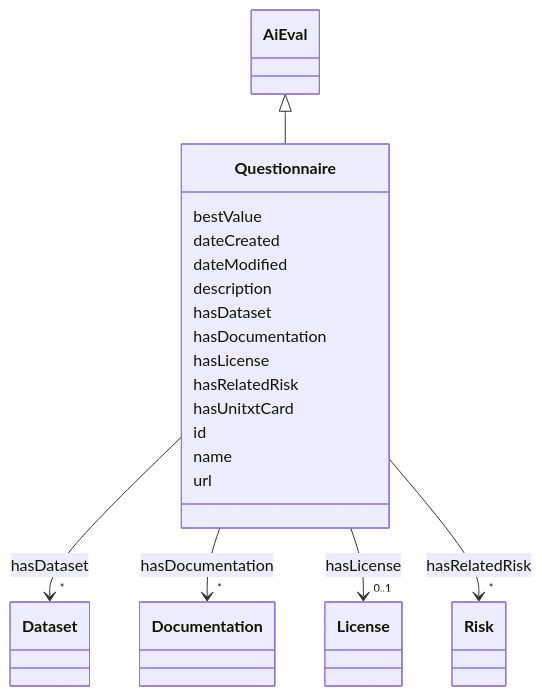
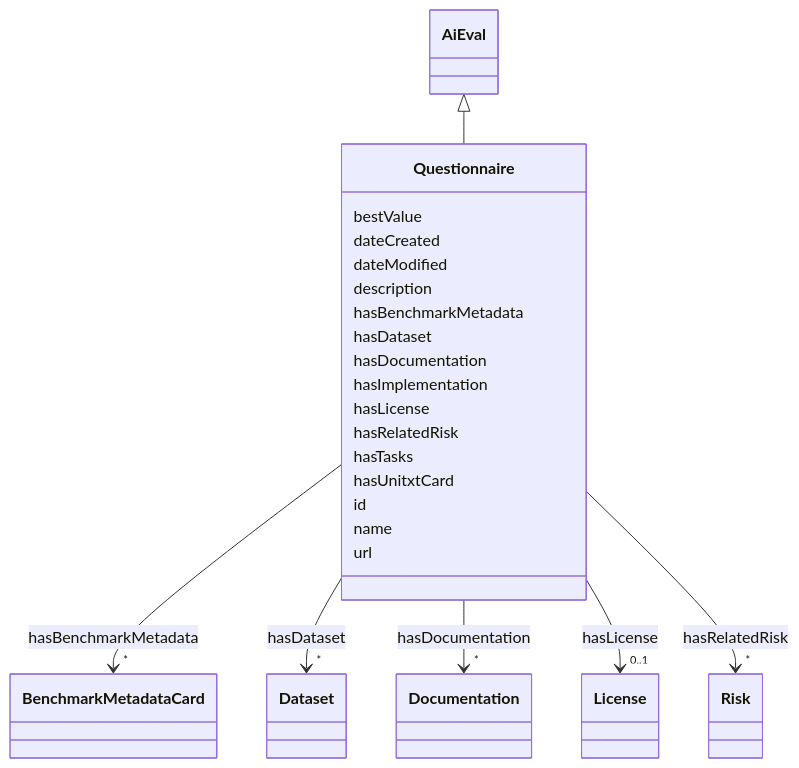
Before and after one commit to zrlfba/risk-atlas-nexus: the diagram in docs/ontology/Questionnaire.md, drawn with Mermaid. The commit also changed other lines of this file and 115 other files, not shown here.

First line of the commit message:
feat: benchmarks and benchmark metadata (#42)

````diff
--- a/docs/ontology/Questionnaire.md
+++ b/docs/ontology/Questionnaire.md
@@ -19,61 +19,74 @@
 ```mermaid
  classDiagram
     class Questionnaire
     click Questionnaire href "../Questionnaire"
       AiEval <|-- Questionnaire
         click AiEval href "../AiEval"
       
       Questionnaire : bestValue
         
       Questionnaire : dateCreated
         
       Questionnaire : dateModified
         
       Questionnaire : description
+        
+      Questionnaire : hasBenchmarkMetadata
+        
+          
+    
+    
+    Questionnaire --> "*" BenchmarkMetadataCard : hasBenchmarkMetadata
+    click BenchmarkMetadataCard href "../BenchmarkMetadataCard"
+
         
       Questionnaire : hasDataset
         
           
     
     
     Questionnaire --> "*" Dataset : hasDataset
     click Dataset href "../Dataset"
 
         
       Questionnaire : hasDocumentation
         
           
     
     
     Questionnaire --> "*" Documentation : hasDocumentation
     click Documentation href "../Documentation"
 
         
+      Questionnaire : hasImplementation
+        
       Questionnaire : hasLicense
         
           
     
     
     Questionnaire --> "0..1" License : hasLicense
     click License href "../License"
 
         
       Questionnaire : hasRelatedRisk
         
           
     
     
     Questionnaire --> "*" Risk : hasRelatedRisk
     click Risk href "../Risk"
 
         
+      Questionnaire : hasTasks
+        
       Questionnaire : hasUnitxtCard
         
       Questionnaire : id
         
       Questionnaire : name
         
       Questionnaire : url
         
       
 ```
````
